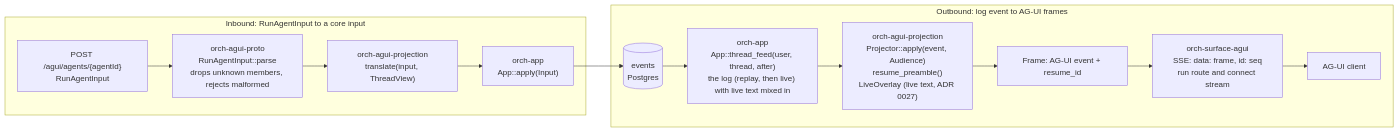
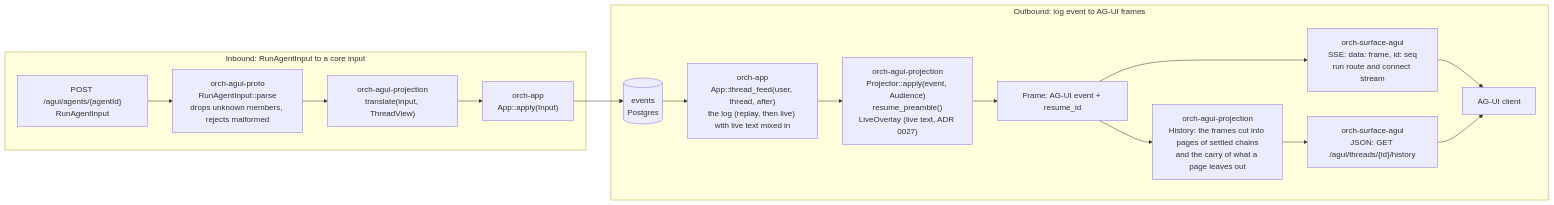
One commit to vymalo/another-agentic-system changed the ninth of 16 diagrams in docs/architecture.md. Above: the diagram before and after it, drawn with Mermaid. The commit also changed other lines of this file and 160 other files, not shown here.

````diff
--- a/docs/architecture.md
+++ b/docs/architecture.md
@@ -451,21 +457,24 @@
 ```mermaid
 flowchart LR
   subgraph INB["Inbound: RunAgentInput to a core input"]
     post["POST /agui/agents/{agentId}<br/>RunAgentInput"]
     parse["orch-agui-proto<br/>RunAgentInput::parse<br/>drops unknown members, rejects malformed"]
     tr["orch-agui-projection<br/>translate(input, ThreadView)"]
     apply["orch-app<br/>App::apply(Input)"]
     post --> parse --> tr --> apply
   end
   subgraph OUTB["Outbound: log event to AG-UI frames"]
     log[("events<br/>Postgres")]
     es["orch-app<br/>App::thread_feed(user, thread, after)<br/>the log (replay, then live) with live text mixed in"]
     pj["orch-agui-projection<br/>Projector::apply(event, Audience)<br/>resume_preamble()<br/>LiveOverlay (live text, ADR 0027)"]
     fr["Frame: AG-UI event + resume_id"]
     sse["orch-surface-agui<br/>SSE: data: frame, id: seq<br/>run route and connect stream"]
+    hs["orch-agui-projection<br/>History: the frames cut into pages of settled chains<br/>and the carry of what a page leaves out"]
+    hr["orch-surface-agui<br/>JSON: GET /agui/threads/{id}/history"]
     cli["AG-UI client"]
     log --> es --> pj --> fr --> sse --> cli
+    fr --> hs --> hr --> cli
   end
   apply --> log
   classDef planned stroke-dasharray: 5 5,fill:none
 ```
````
